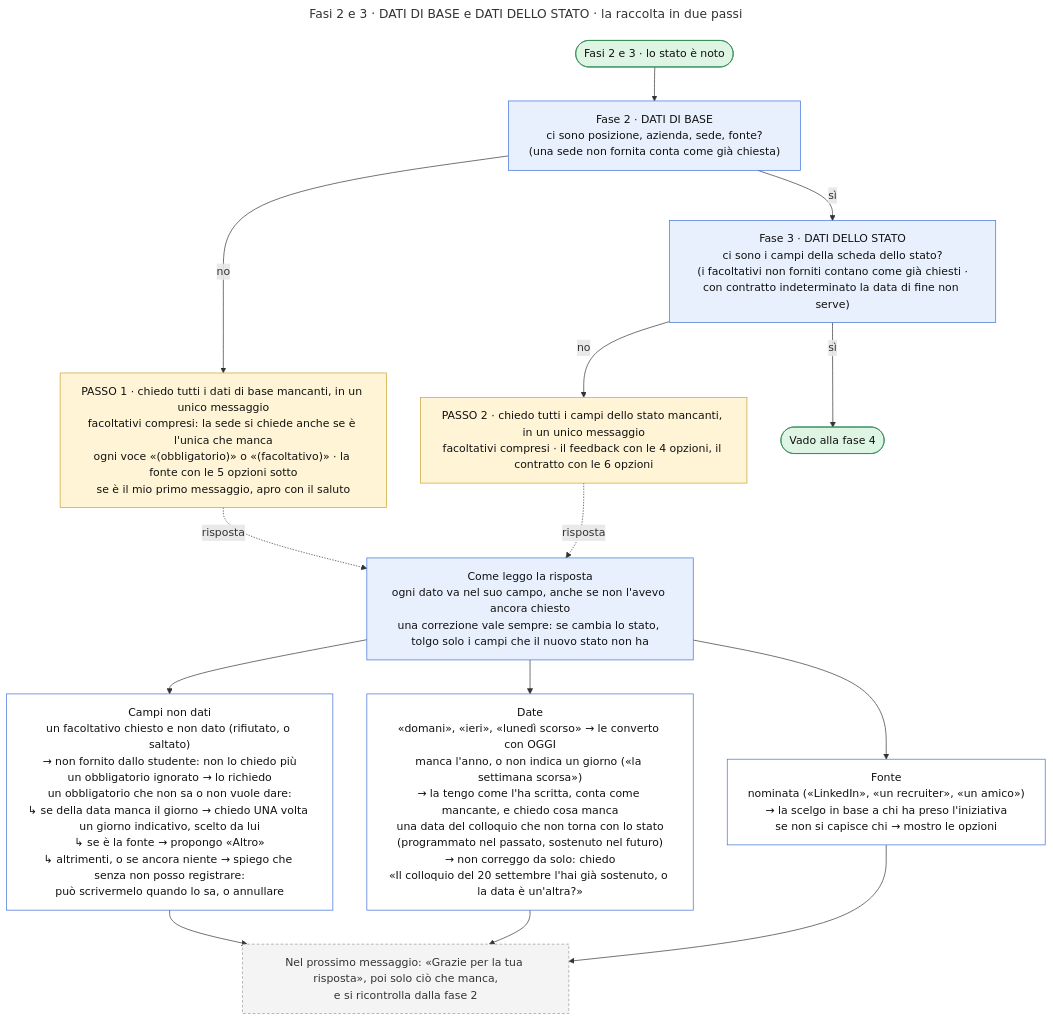
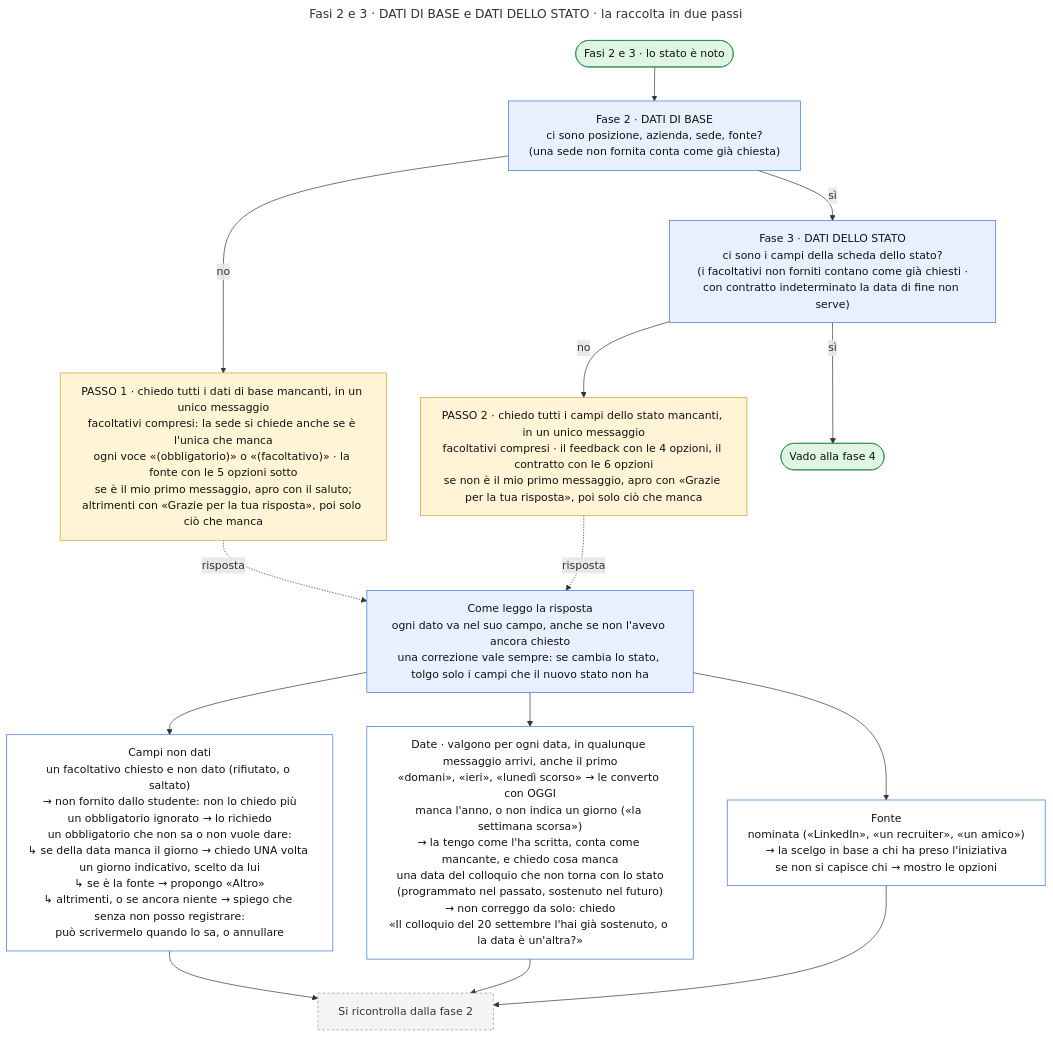
Before and after one commit to refresh-academy-staff/Progetto_ping_studenti: the diagram in Flowcharts/AI_Bot_Flowchart_20260926_fasi2-3.mmd, drawn with Mermaid. The commit also changed 8 other files, not shown here.

```diff
--- a/Flowcharts/AI_Bot_Flowchart_20260926_fasi2-3.mmd
+++ b/Flowcharts/AI_Bot_Flowchart_20260926_fasi2-3.mmd
@@ -1,52 +1,52 @@
 ---
 title: Fasi 2 e 3 · DATI DI BASE e DATI DELLO STATO · la raccolta in due passi
 config:
   flowchart:
     wrappingWidth: 420
 ---
 %% Sotto-diagramma delle fasi 2 e 3 (mappa d'insieme: AI_Bot_Flowchart_20260926.mmd).
-%% Regole da AI_Bot_Instructions_Code.js: <stati> ORDINE, RACCOLTA, <campi> DATE,
+%% Regole da AI_Bot_Instructions_20260926.js: <stati> ORDINE, RACCOLTA, <campi> DATE,
 %% <memoria> VALORI DI UN CAMPO e SENTINELLA, <opzioni> FONTE, <oggi>.
 %% Le frecce tratteggiate sono il messaggio successivo dello studente.
 %% Colori: azzurro = controlli · bianco = casi · giallo = domande · verde = si prosegue · grigio = nota.
 flowchart TD
     IN(["Fasi 2 e 3 · lo stato è noto"])
 
     C2["Fase 2 · DATI DI BASE<br/>ci sono posizione, azienda, sede, fonte?<br/>(una sede non fornita conta come già chiesta)"]
-    P1["PASSO 1 · chiedo tutti i dati di base mancanti, in un unico messaggio<br/>facoltativi compresi: la sede si chiede anche se è l'unica che manca<br/>ogni voce «(obbligatorio)» o «(facoltativo)» · la fonte con le 5 opzioni sotto<br/>se è il mio primo messaggio, apro con il saluto"]
+    P1["PASSO 1 · chiedo tutti i dati di base mancanti, in un unico messaggio<br/>facoltativi compresi: la sede si chiede anche se è l'unica che manca<br/>ogni voce «(obbligatorio)» o «(facoltativo)» · la fonte con le 5 opzioni sotto<br/>se è il mio primo messaggio, apro con il saluto;<br/>altrimenti con «Grazie per la tua risposta», poi solo ciò che manca"]
     C3["Fase 3 · DATI DELLO STATO<br/>ci sono i campi della scheda dello stato?<br/>(i facoltativi non forniti contano come già chiesti ·<br/>con contratto indeterminato la data di fine non serve)"]
-    P2["PASSO 2 · chiedo tutti i campi dello stato mancanti, in un unico messaggio<br/>facoltativi compresi · il feedback con le 4 opzioni, il contratto con le 6 opzioni"]
+    P2["PASSO 2 · chiedo tutti i campi dello stato mancanti, in un unico messaggio<br/>facoltativi compresi · il feedback con le 4 opzioni, il contratto con le 6 opzioni<br/>se non è il mio primo messaggio, apro con «Grazie per la tua risposta», poi solo ciò che manca"]
     F4(["Vado alla fase 4"])
 
     LEG["Come leggo la risposta<br/>ogni dato va nel suo campo, anche se non l'avevo ancora chiesto<br/>una correzione vale sempre: se cambia lo stato, tolgo solo i campi che il nuovo stato non ha"]
 
     CAMPI["Campi non dati<br/>un facoltativo chiesto e non dato (rifiutato, o saltato)<br/>→ non fornito dallo studente: non lo chiedo più<br/>un obbligatorio ignorato → lo richiedo<br/>un obbligatorio che non sa o non vuole dare:<br/>↳ se della data manca il giorno → chiedo UNA volta un giorno indicativo, scelto da lui<br/>↳ se è la fonte → propongo «Altro»<br/>↳ altrimenti, o se ancora niente → spiego che senza non posso registrare:<br/>può scrivermelo quando lo sa, o annullare"]
-    DATE["Date<br/>«domani», «ieri», «lunedì scorso» → le converto con OGGI<br/>manca l'anno, o non indica un giorno («la settimana scorsa»)<br/>→ la tengo come l'ha scritta, conta come mancante, e chiedo cosa manca<br/>una data del colloquio che non torna con lo stato<br/>(programmato nel passato, sostenuto nel futuro)<br/>→ non correggo da solo: chiedo<br/>«Il colloquio del 20 settembre l'hai già sostenuto, o la data è un'altra?»"]
+    DATE["Date · valgono per ogni data, in qualunque messaggio arrivi, anche il primo<br/>«domani», «ieri», «lunedì scorso» → le converto con OGGI<br/>manca l'anno, o non indica un giorno («la settimana scorsa»)<br/>→ la tengo come l'ha scritta, conta come mancante, e chiedo cosa manca<br/>una data del colloquio che non torna con lo stato<br/>(programmato nel passato, sostenuto nel futuro)<br/>→ non correggo da solo: chiedo<br/>«Il colloquio del 20 settembre l'hai già sostenuto, o la data è un'altra?»"]
     FONTE["Fonte<br/>nominata («LinkedIn», «un recruiter», «un amico»)<br/>→ la scelgo in base a chi ha preso l'iniziativa<br/>se non si capisce chi → mostro le opzioni"]
 
-    RIC["Nel prossimo messaggio: «Grazie per la tua risposta», poi solo ciò che manca,<br/>e si ricontrolla dalla fase 2"]
+    RIC["Si ricontrolla dalla fase 2"]
 
     IN --> C2
     C2 -->|no| P1
     C2 -->|sì| C3
     C3 -->|no| P2
     C3 -->|sì| F4
     P1 -.->|risposta| LEG
     P2 -.->|risposta| LEG
     LEG --> CAMPI
     LEG --> DATE
     LEG --> FONTE
     CAMPI --> RIC
     DATE --> RIC
     FONTE --> RIC
 
     classDef fase fill:#e8f0fe,stroke:#3b6fd8,color:#111
     classDef caso fill:#ffffff,stroke:#3b6fd8,color:#111
     classDef domanda fill:#fff4d6,stroke:#c9a227,color:#111
     classDef estremo fill:#dff5e3,stroke:#2e8b57,color:#111
     classDef nota fill:#f4f4f4,stroke:#999,color:#333,stroke-dasharray:4 3
     class C2,C3,LEG fase
     class CAMPI,DATE,FONTE caso
     class P1,P2 domanda
     class IN,F4 estremo
     class RIC nota
```
